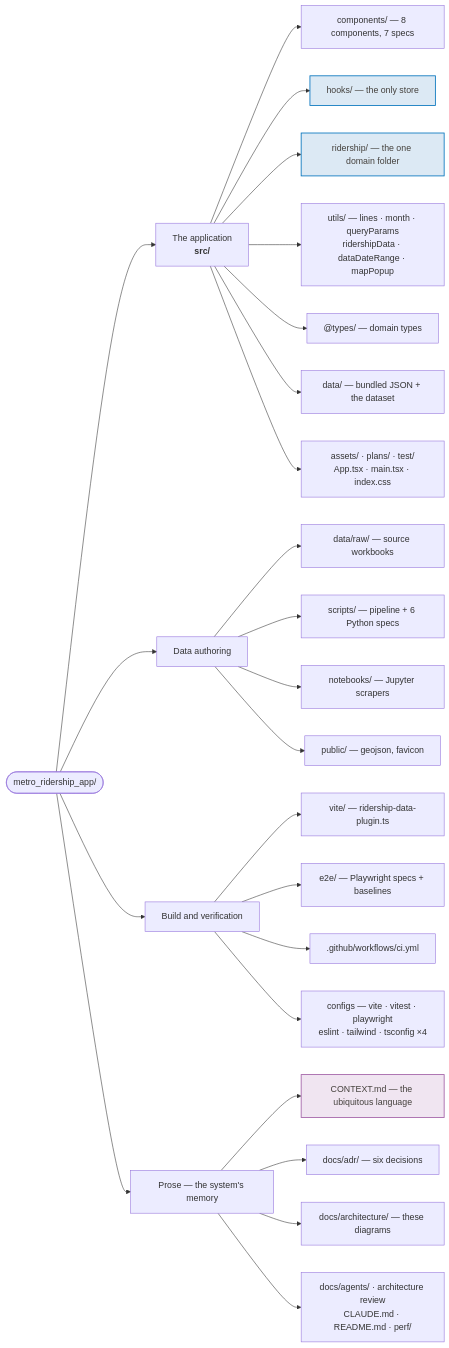
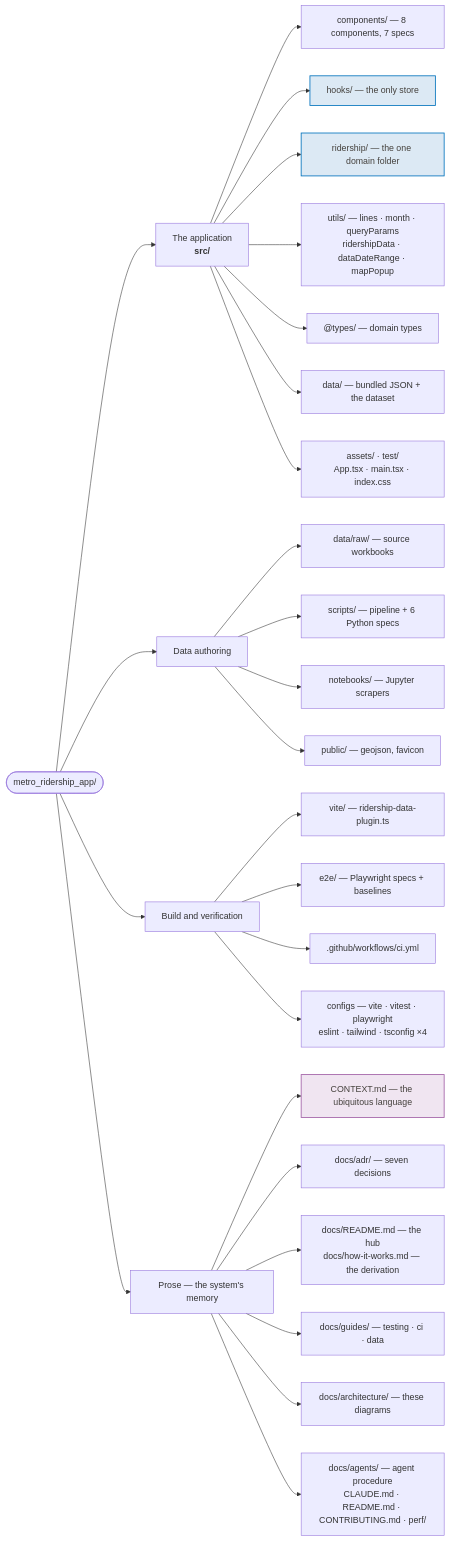
One commit to streetsforall/metro_ridership_app changed the diagram in docs/architecture/mermaid/02-repository-map.mmd. Above: the diagram before and after it, drawn with Mermaid. The commit also changed 34 other files, not shown here.

```diff
--- a/docs/architecture/mermaid/02-repository-map.mmd
+++ b/docs/architecture/mermaid/02-repository-map.mmd
@@ -1,40 +1,42 @@
 flowchart LR
   root(["metro_ridership_app/"])
 
   app["The application<br/><b>src/</b>"]
   pipeline["Data authoring"]
   tooling["Build and verification"]
   writing["Prose — the system's memory"]
 
   root --> app
   root --> pipeline
   root --> tooling
   root --> writing
 
   app --> cmp["components/ — 8 components, 7 specs"]
   app --> hooks["hooks/ — the only store"]
   app --> rid["ridership/ — the one domain folder"]
   app --> utils["utils/ — lines · month · queryParams<br/>ridershipData · dataDateRange · mapPopup"]
   app --> types["@types/ — domain types"]
   app --> dataDir["data/ — bundled JSON + the dataset"]
-  app --> misc["assets/ · plans/ · test/<br/>App.tsx · main.tsx · index.css"]
+  app --> misc["assets/ · test/<br/>App.tsx · main.tsx · index.css"]
 
   pipeline --> dataN["data/raw/ — source workbooks"]
   pipeline --> scriptsN["scripts/ — pipeline + 6 Python specs"]
   pipeline --> nbN["notebooks/ — Jupyter scrapers"]
   pipeline --> publicN["public/ — geojson, favicon"]
 
   tooling --> viteN["vite/ — ridership-data-plugin.ts"]
   tooling --> e2eN["e2e/ — Playwright specs + baselines"]
   tooling --> ghN[".github/workflows/ci.yml"]
   tooling --> cfgN["configs — vite · vitest · playwright<br/>eslint · tailwind · tsconfig ×4"]
 
   writing --> ctxN["CONTEXT.md — the ubiquitous language"]
-  writing --> adrN["docs/adr/ — six decisions"]
+  writing --> adrN["docs/adr/ — seven decisions"]
+  writing --> hubN["docs/README.md — the hub<br/>docs/how-it-works.md — the derivation"]
+  writing --> guideN["docs/guides/ — testing · ci · data"]
   writing --> archN["docs/architecture/ — these diagrams"]
-  writing --> otherN["docs/agents/ · architecture review<br/>CLAUDE.md · README.md · perf/"]
+  writing --> otherN["docs/agents/ — agent procedure<br/>CLAUDE.md · README.md · CONTRIBUTING.md · perf/"]
 
   classDef structural fill:#dce9f4,stroke:#0072bc,stroke-width:1.5px,color:#44403c
   classDef authority fill:#f0e5f1,stroke:#a05da5,stroke-width:1.5px,color:#44403c
   class rid,hooks structural
   class ctxN authority
```
